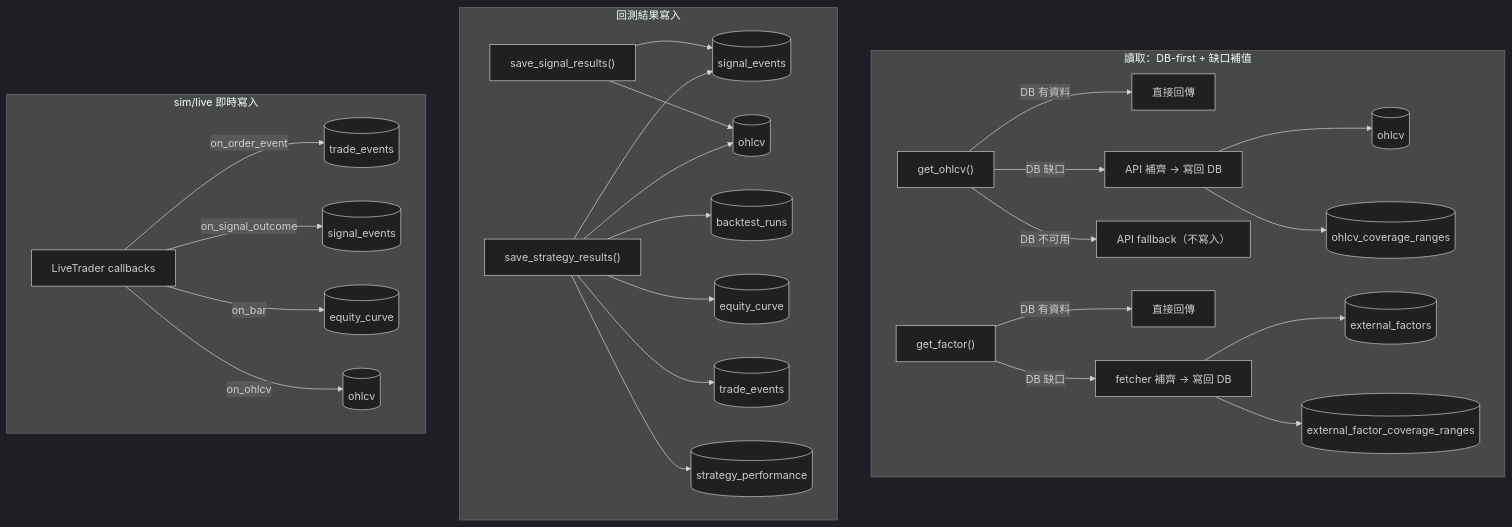
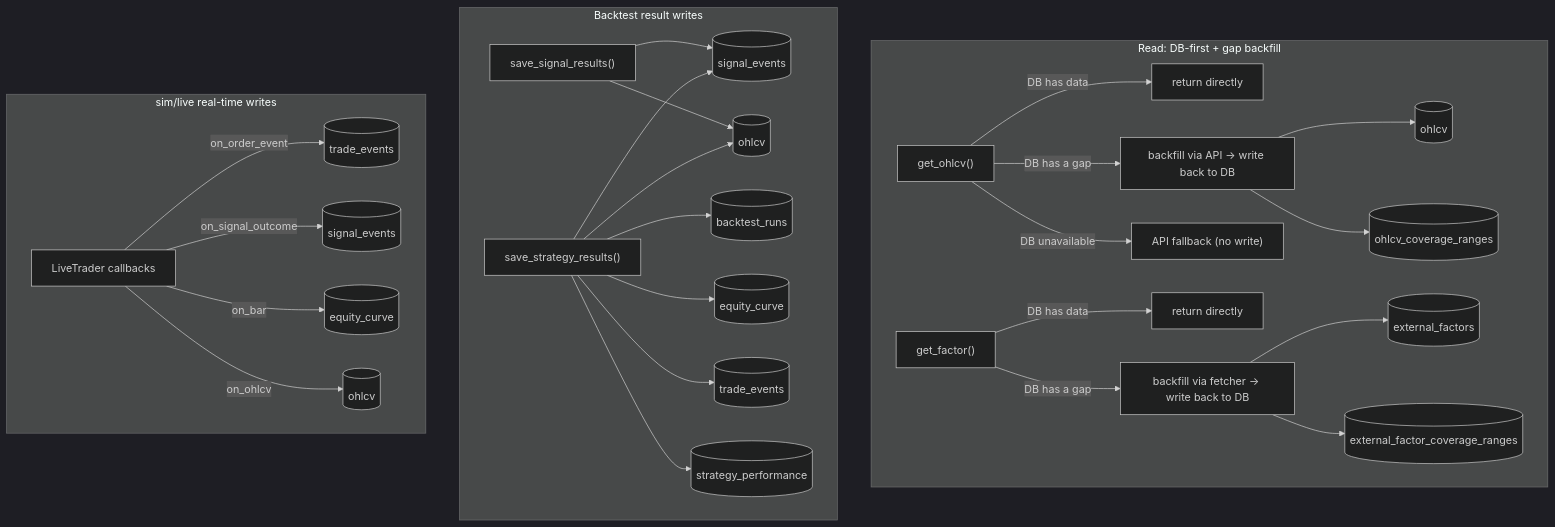
Before and after one commit to awwesomeman/librae: the diagram in architecture.md, drawn with Mermaid (dark theme). The commit also changed other lines of this file and 5 other files, not shown here.

````diff
--- a/architecture.md
+++ b/architecture.md
@@ -312,34 +310,34 @@
 ```mermaid
 flowchart TD
-    subgraph read["讀取：DB-first + 缺口補值"]
-        get_ohlcv["get_ohlcv()"] -- "DB 有資料" --> direct1["直接回傳"]
-        get_ohlcv -- "DB 缺口" --> apifill["API 補齊 → 寫回 DB"]
-        get_ohlcv -- "DB 不可用" --> fallback["API fallback（不寫入）"]
+    subgraph read["Read: DB-first + gap backfill"]
+        get_ohlcv["get_ohlcv()"] -- "DB has data" --> direct1["return directly"]
+        get_ohlcv -- "DB has a gap" --> apifill["backfill via API → write back to DB"]
+        get_ohlcv -- "DB unavailable" --> fallback["API fallback (no write)"]
         apifill --> r_ohlcv[("ohlcv")]
         apifill --> r_ohlcv_cov[("ohlcv_coverage_ranges")]
 
-        get_factor["get_factor()"] -- "DB 有資料" --> direct2["直接回傳"]
-        get_factor -- "DB 缺口" --> factorfill["fetcher 補齊 → 寫回 DB"]
+        get_factor["get_factor()"] -- "DB has data" --> direct2["return directly"]
+        get_factor -- "DB has a gap" --> factorfill["backfill via fetcher → write back to DB"]
         factorfill --> r_factors[("external_factors")]
         factorfill --> r_factor_cov[("external_factor_coverage_ranges")]
     end
 
-    subgraph backtest["回測結果寫入"]
+    subgraph backtest["Backtest result writes"]
         save_signal["save_signal_results()"] --> b_signal_events[("signal_events")]
         save_signal --> b_ohlcv[("ohlcv")]
 
         save_strategy["save_strategy_results()"] --> b_backtest_runs[("backtest_runs")]
         save_strategy --> b_equity_curve[("equity_curve")]
         save_strategy --> b_trade_events[("trade_events")]
         save_strategy --> b_strategy_perf[("strategy_performance")]
         save_strategy --> b_signal_events
         save_strategy --> b_ohlcv
     end
 
-    subgraph live["sim/live 即時寫入"]
+    subgraph live["sim/live real-time writes"]
         callbacks["LiveTrader callbacks"] -- on_order_event --> l_trade_events[("trade_events")]
         callbacks -- on_signal_outcome --> l_signal_events[("signal_events")]
         callbacks -- on_bar --> l_equity_curve[("equity_curve")]
         callbacks -- on_ohlcv --> l_ohlcv[("ohlcv")]
     end
 ```
````
